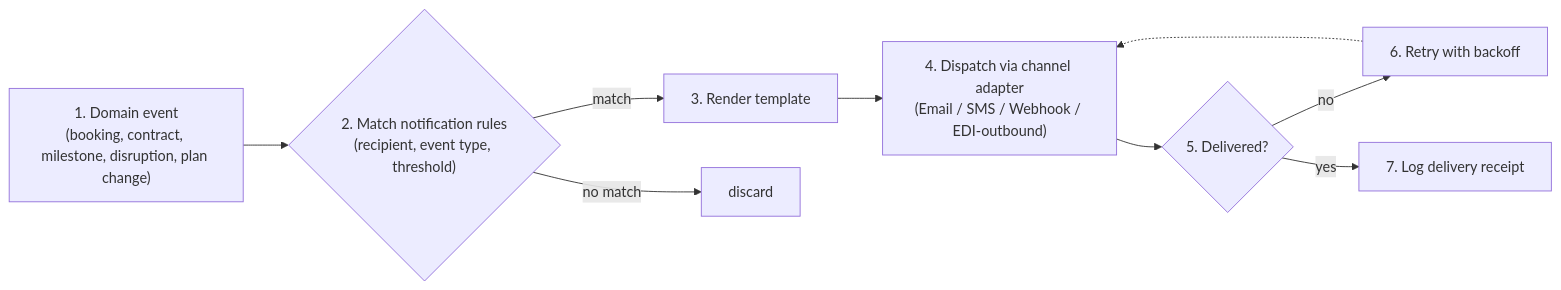
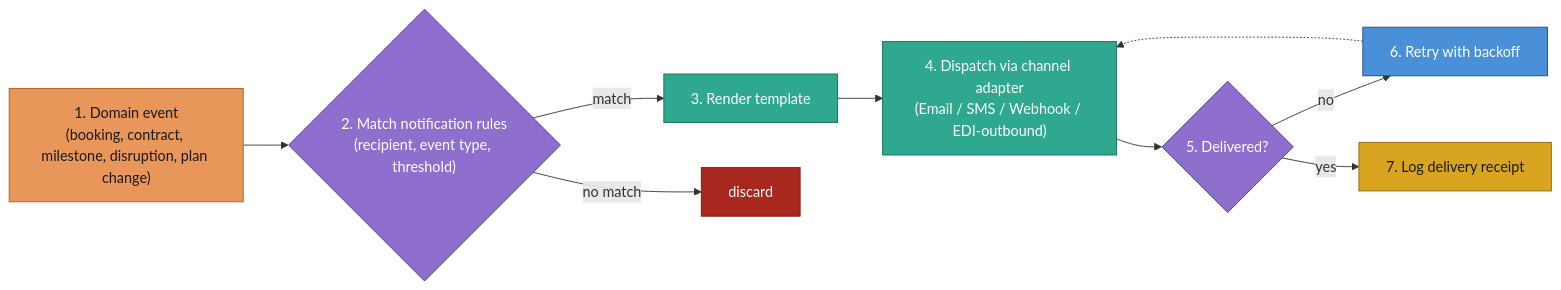
Before and after one commit to Pratyush576/CodingPractice: diagram 18 of 36 in lib/src/main/java/org/pk/practices/design/supplychain/DESIGN.md, drawn with Mermaid. The commit also changed other lines of this file and 5 other files, not shown here.

Commit message:
Enhanced the diagrams

````diff
--- a/lib/src/main/java/org/pk/practices/design/supplychain/DESIGN.md
+++ b/lib/src/main/java/org/pk/practices/design/supplychain/DESIGN.md
@@ -1284,11 +1446,24 @@
 ```mermaid
 flowchart LR
     A["1. Domain event<br/>(booking, contract, milestone, disruption, plan change)"] --> B{"2. Match notification rules<br/>(recipient, event type, threshold)"}
     B -->|match| C["3. Render template"]
     C --> D["4. Dispatch via channel adapter<br/>(Email / SMS / Webhook / EDI-outbound)"]
     D --> E{"5. Delivered?"}
     E -->|no| F["6. Retry with backoff"]
     E -->|yes| G["7. Log delivery receipt"]
     B -->|no match| H["discard"]
     F -.-> D
+
+    classDef event fill:#e8965a,stroke:#a85c1f,color:#1a1a1a
+    classDef decision fill:#8e6fce,stroke:#4d2e8a,color:#ffffff
+    classDef process fill:#2ea88f,stroke:#146b58,color:#ffffff
+    classDef retry fill:#4a90d9,stroke:#1c4e78,color:#ffffff
+    classDef outcome fill:#d9a521,stroke:#8a6a0f,color:#1a1a1a
+    classDef discard fill:#a8271f,stroke:#6b1a14,color:#ffffff
+    class A event
+    class B,E decision
+    class C,D process
+    class F retry
+    class G outcome
+    class H discard
 ```
````
